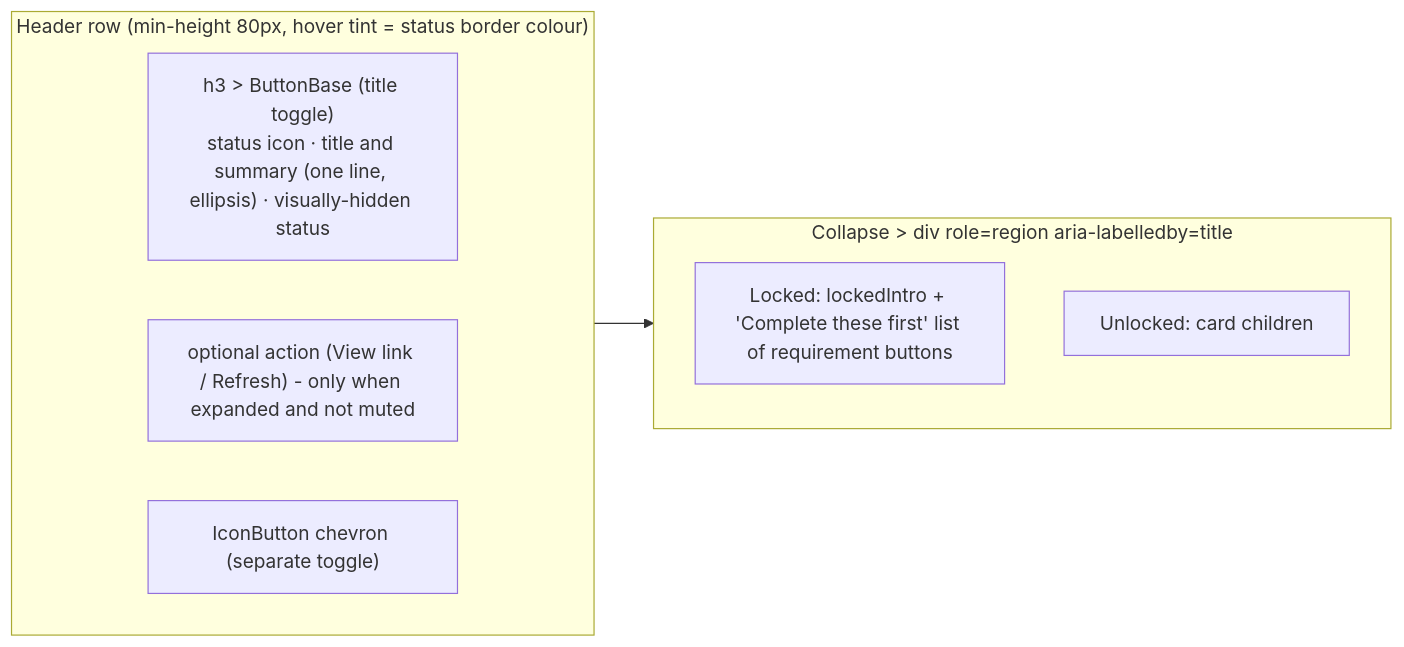
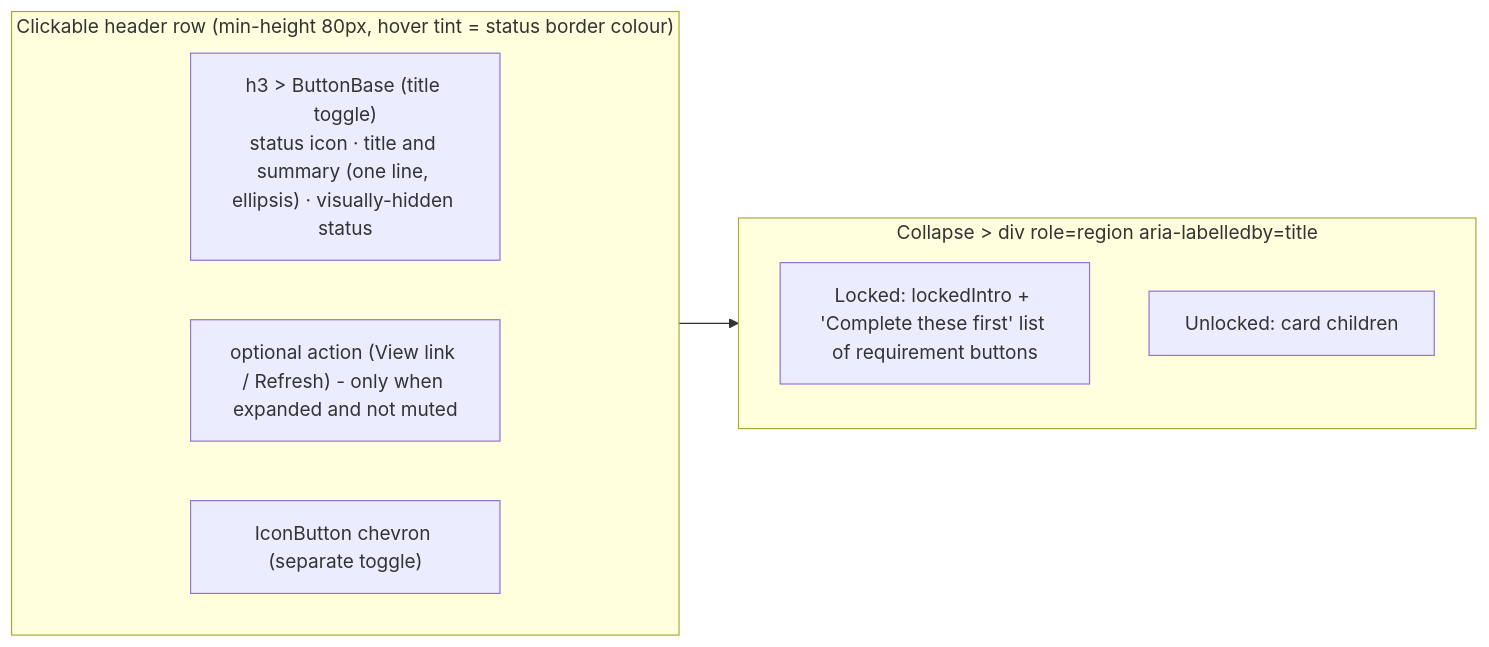
Before and after one commit to ZenMe-AU/ZenbloxCore: the fourth of 9 diagrams in zeninstallerPvt/ui/UI_UX.md, drawn with Mermaid. The commit also changed other lines of this file and 37 other files, not shown here.

````diff
--- a/zeninstallerPvt/ui/UI_UX.md
+++ b/zeninstallerPvt/ui/UI_UX.md
@@ -129,14 +129,14 @@
 ```mermaid
 flowchart LR
-  subgraph Header["Header row (min-height 80px, hover tint = status border colour)"]
+  subgraph Header["Clickable header row (min-height 80px, hover tint = status border colour)"]
     direction LR
     H3["h3 > ButtonBase (title toggle)<br/>status icon · title and summary (one line, ellipsis) · visually-hidden status"]
     Action["optional action (View link / Refresh) - only when expanded and not muted"]
     Chev["IconButton chevron (separate toggle)"]
   end
   subgraph Body["Collapse > div role=region aria-labelledby=title"]
     Locked["Locked: lockedIntro + 'Complete these first' list of requirement buttons"]
     Unlocked["Unlocked: card children"]
   end
   Header --> Body
 ```
````
